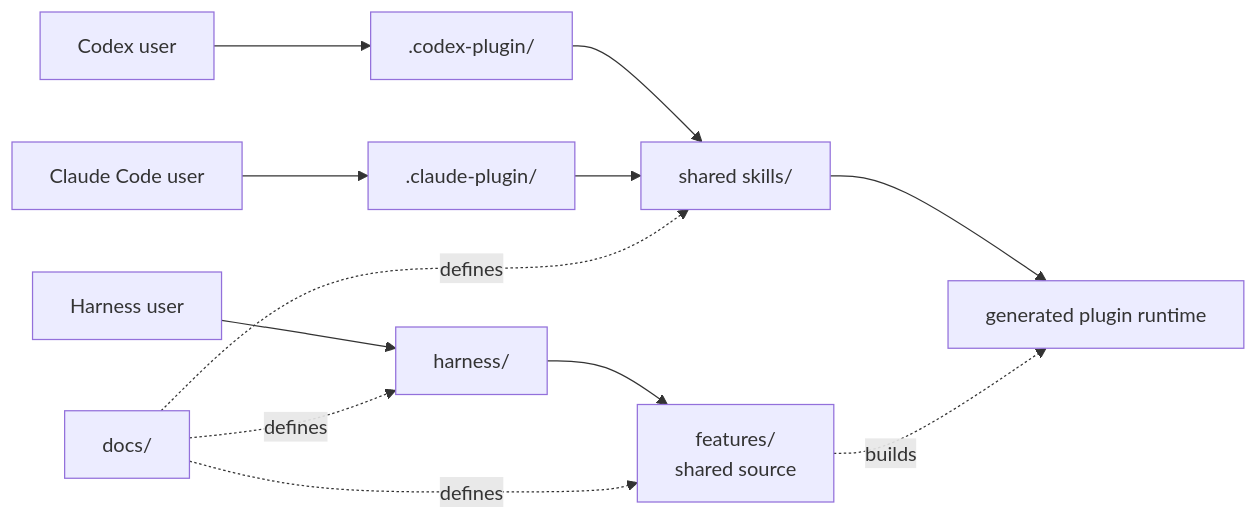
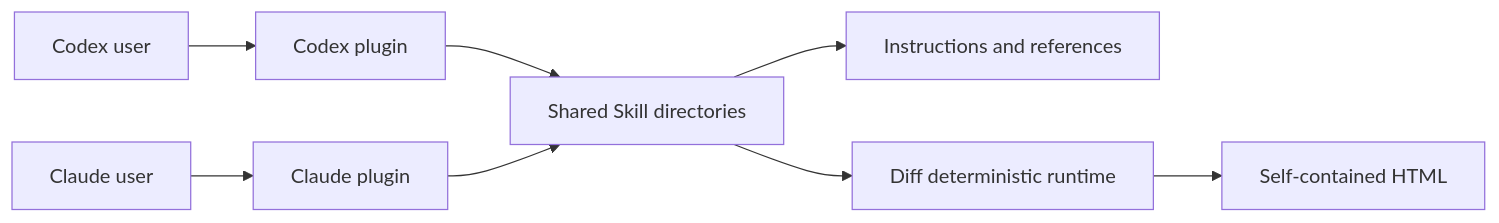
Before and after one commit to dkstm95/hope: the diagram in docs/architecture.md, drawn with Mermaid. The commit also changed other lines of this file and 308 other files, not shown here.

Commit message:
refactor: simplify Hope around skills and Diff

````diff
--- a/docs/architecture.md
+++ b/docs/architecture.md
@@ -95,14 +24,10 @@
 ```mermaid
 flowchart LR
-  U1["Harness user"] --> H["harness/"]
-  U2["Codex user"] --> C[".codex-plugin/"]
-  U3["Claude Code user"] --> L[".claude-plugin/"]
-  C --> S["shared skills/"]
+  U1["Codex user"] --> C["Codex plugin"]
+  U2["Claude user"] --> L["Claude plugin"]
+  C --> S["Shared Skill directories"]
   L --> S
-  H --> F["features/<br/>shared source"]
-  S --> P["generated plugin runtime"]
-  F -.builds.-> P
-  D["docs/"] -.defines.-> F
-  D -.defines.-> H
-  D -.defines.-> S
+  S --> I["Instructions and references"]
+  S --> D["Diff deterministic runtime"]
+  D --> H["Self-contained HTML"]
 ```
````
